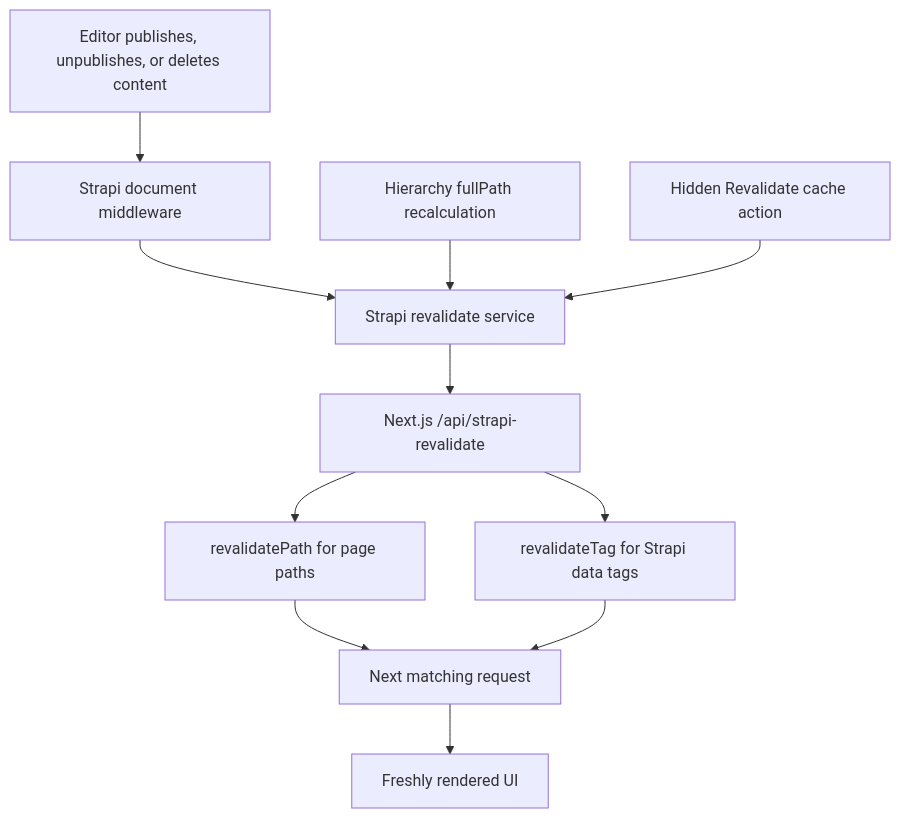
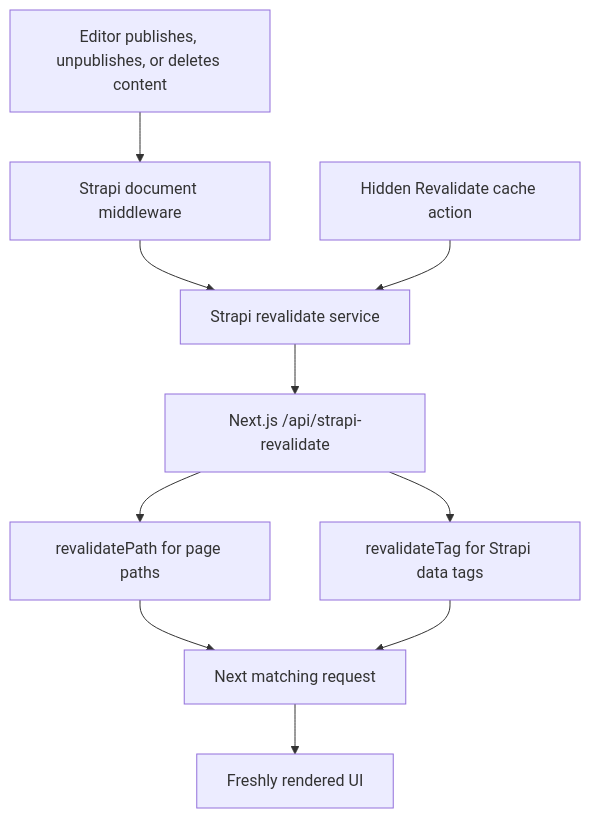
The diagram in apps/docs/docs/reference/cache-revalidation.md (mgg2020226/monorepo-strapi), drawn with Mermaid before and after one commit. The commit also changed other lines of this file and 123 other files, not shown here.

````diff
--- a/apps/docs/docs/reference/cache-revalidation.md
+++ b/apps/docs/docs/reference/cache-revalidation.md
@@ -26,23 +26,21 @@
 ```mermaid
 flowchart TD
   editor["Editor publishes, unpublishes, or deletes content"]
   middleware["Strapi document middleware"]
   service["Strapi revalidate service"]
   uiEndpoint["Next.js /api/strapi-revalidate"]
   pathCache["revalidatePath for page paths"]
   tagCache["revalidateTag for Strapi data tags"]
   nextRequest["Next matching request"]
   freshPage["Freshly rendered UI"]
 
-  hierarchyRecalc["Hierarchy fullPath recalculation"]
   adminButton["Hidden Revalidate cache action"]
 
   editor --> middleware --> service --> uiEndpoint
-  hierarchyRecalc --> service
   adminButton --> service
   uiEndpoint --> pathCache
   uiEndpoint --> tagCache
   pathCache --> nextRequest
   tagCache --> nextRequest
   nextRequest --> freshPage
 ```
````
